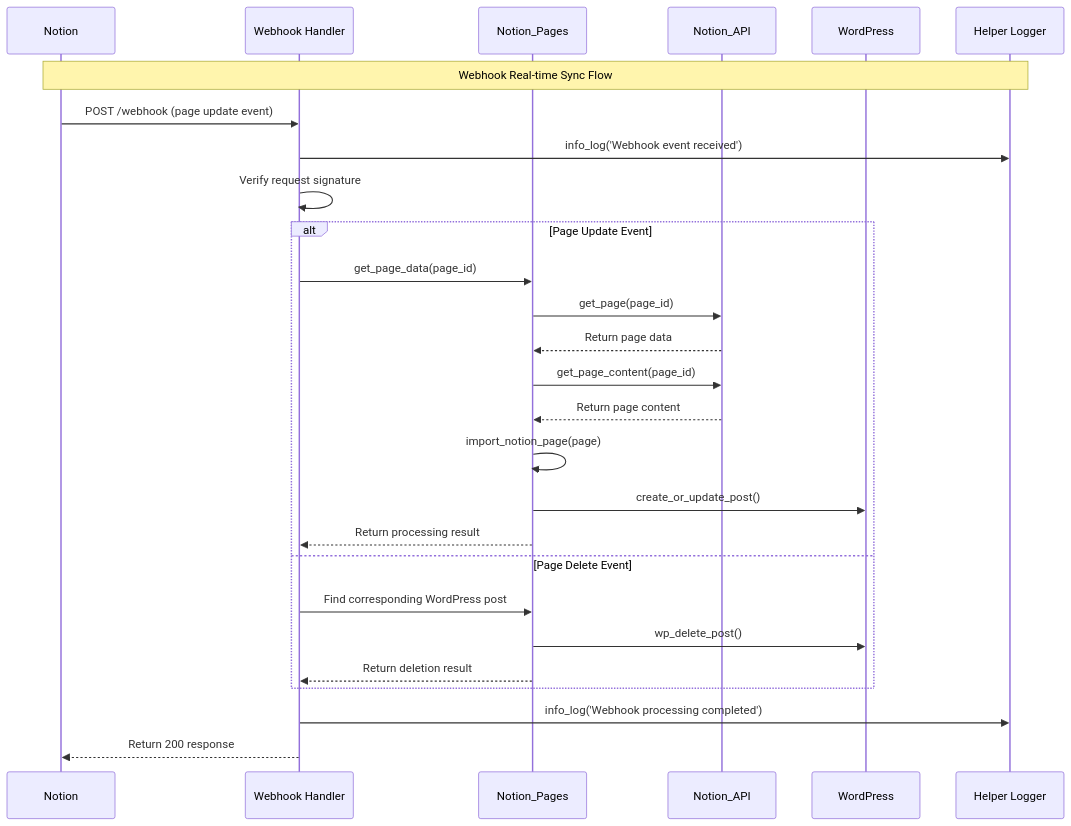
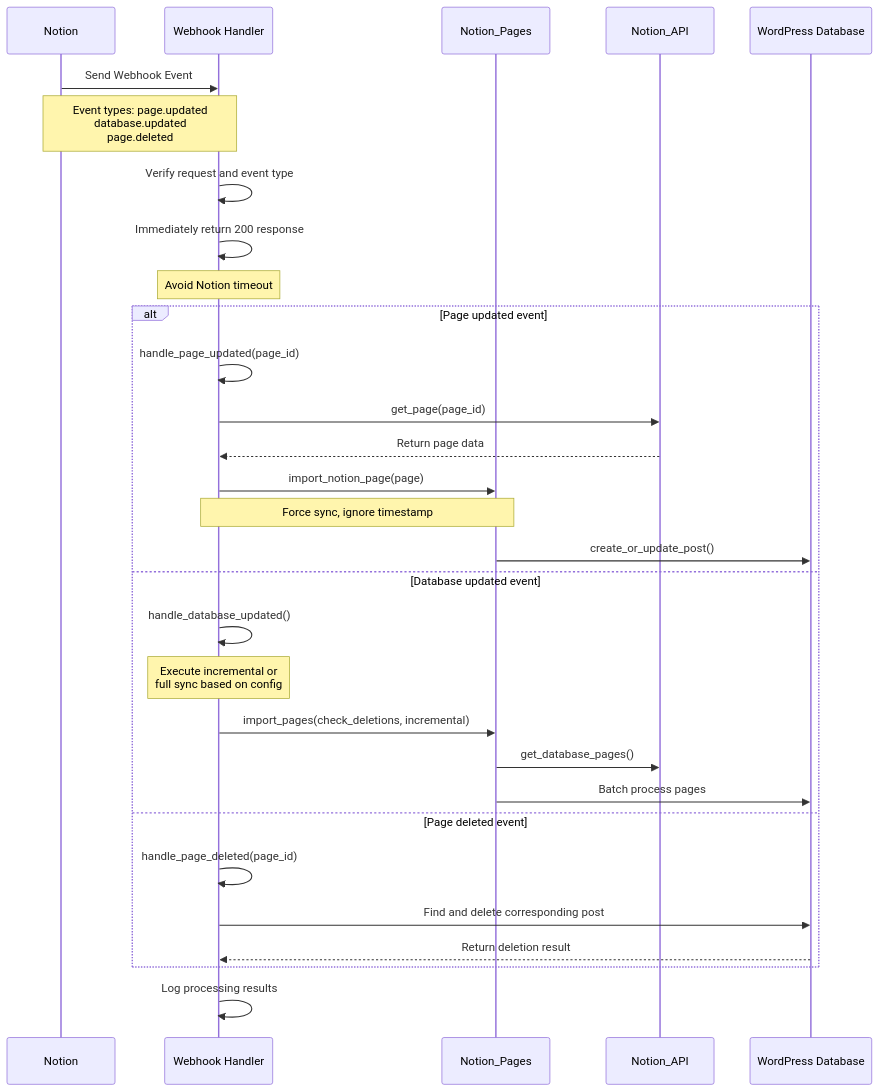
The fourth of 4 diagrams in docs/DEVELOPER_GUIDE.md (Frank-Loong/Notion-to-WordPress), drawn with Mermaid before and after one commit. The commit also changed other lines of this file and 13 other files, not shown here.

````diff
--- a/docs/DEVELOPER_GUIDE.md
+++ b/docs/DEVELOPER_GUIDE.md
@@ -376,32 +273,38 @@
 ```mermaid
 sequenceDiagram
     participant N as Notion
     participant W as Webhook Handler
     participant P as Notion_Pages
     participant API as Notion_API
-    participant WP as WordPress
-    participant H as Helper Logger
+    participant WP as WordPress Database
 
-    Note over N,H: Webhook Real-time Sync Flow
-    N->>W: POST /webhook (page update event)
-    W->>H: info_log('Webhook event received')
-    W->>W: Verify request signature
+    N->>W: Send Webhook Event
+    Note over N,W: Event types: page.updated<br/>database.updated<br/>page.deleted
 
-    alt Page Update Event
-        W->>P: get_page_data(page_id)
-        P->>API: get_page(page_id)
-        API-->>P: Return page data
-        P->>API: get_page_content(page_id)
-        API-->>P: Return page content
-        P->>P: import_notion_page(page)
+    W->>W: Verify request and event type
+    W->>W: Immediately return 200 response
+    Note over W: Avoid Notion timeout
+
+    alt Page updated event
+        W->>W: handle_page_updated(page_id)
+        W->>API: get_page(page_id)
+        API-->>W: Return page data
+        W->>P: import_notion_page(page)
+        Note over W,P: Force sync, ignore timestamp
         P->>WP: create_or_update_post()
-        P-->>W: Return processing result
-    else Page Delete Event
-        W->>P: Find corresponding WordPress post
-        P->>WP: wp_delete_post()
-        P-->>W: Return deletion result
+
+    else Database updated event
+        W->>W: handle_database_updated()
+        Note over W: Execute incremental or<br/>full sync based on config
+        W->>P: import_pages(check_deletions, incremental)
+        P->>API: get_database_pages()
+        P->>WP: Batch process pages
+
+    else Page deleted event
+        W->>W: handle_page_deleted(page_id)
+        W->>WP: Find and delete corresponding post
+        WP-->>W: Return deletion result
     end
 
-    W->>H: info_log('Webhook processing completed')
-    W-->>N: Return 200 response
+    W->>W: Log processing results
 ```
````
